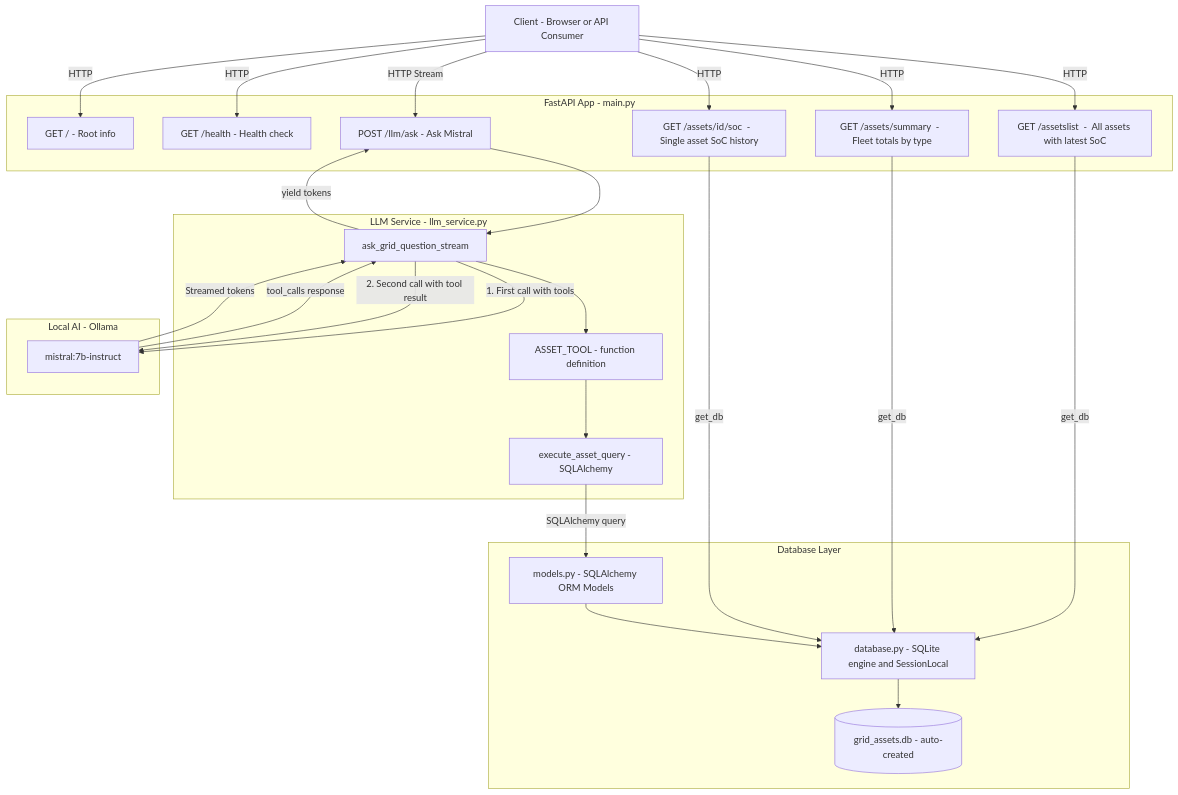
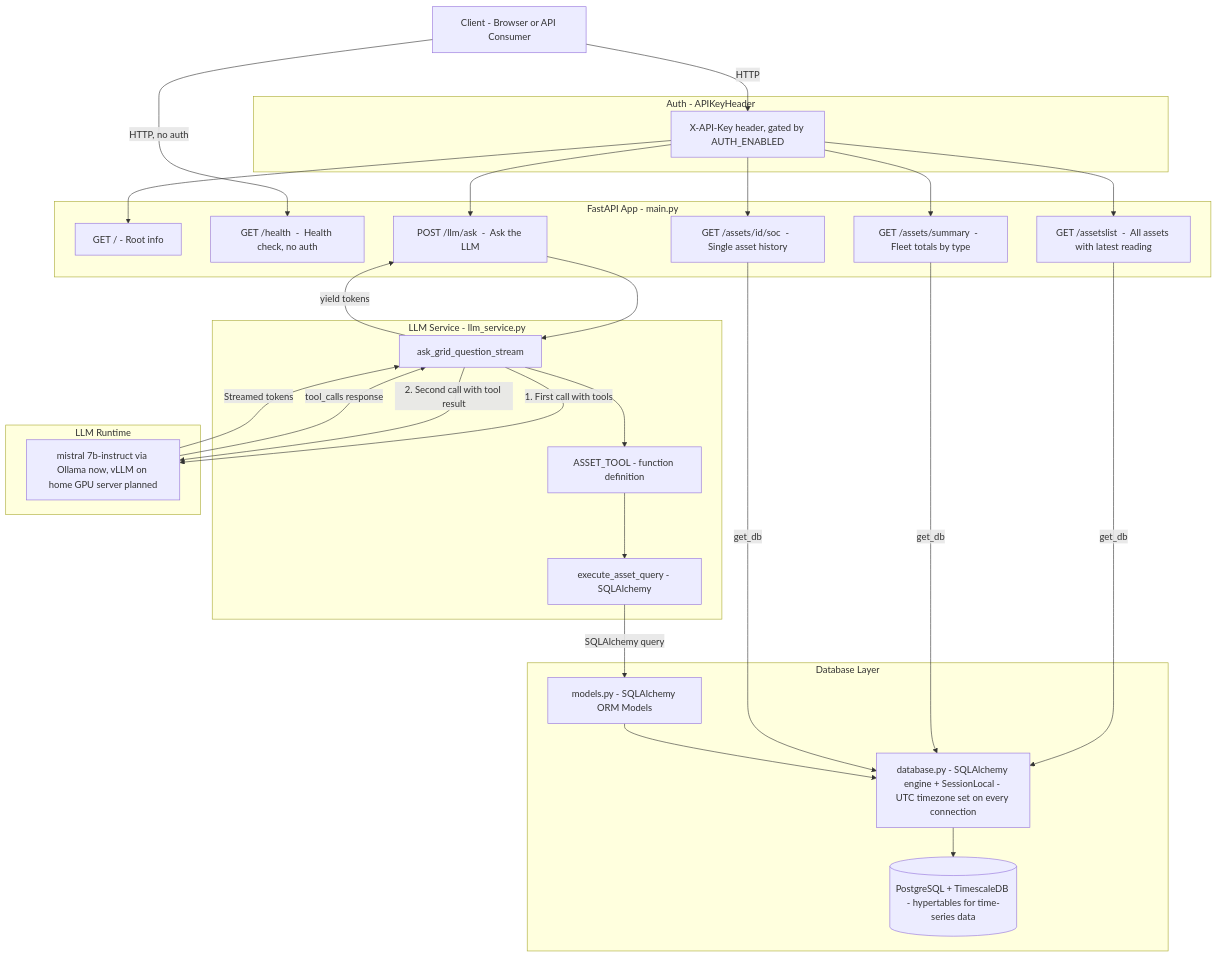
The second of 3 diagrams in README.md (roadtowiganpier/rada-backend), drawn with Mermaid before and after one commit. The commit also changed other lines of this file, not shown here.

````diff
--- a/README.md
+++ b/README.md
@@ -37,52 +72,57 @@
 ```mermaid
 graph TB
     Client["Client - Browser or API Consumer"]
 
     subgraph Backend ["FastAPI App - main.py"]
         Root["GET /  -  Root info"]
-        Health["GET /health  -  Health check"]
-        AssetsList["GET /assetslist  -  All assets with latest SoC"]
+        Health["GET /health  -  Health check, no auth"]
+        AssetsList["GET /assetslist  -  All assets with latest reading"]
         Summary["GET /assets/summary  -  Fleet totals by type"]
-        SoC["GET /assets/id/soc  -  Single asset SoC history"]
-        LLM["POST /llm/ask  -  Ask Mistral"]
+        Detail["GET /assets/id/soc  -  Single asset history"]
+        LLM["POST /llm/ask  -  Ask the LLM"]
+    end
+
+    subgraph AuthLayer ["Auth - APIKeyHeader"]
+        APIKey["X-API-Key header, gated by AUTH_ENABLED"]
     end
 
     subgraph LLMLayer ["LLM Service - llm_service.py"]
         AskStream["ask_grid_question_stream"]
         ToolDef["ASSET_TOOL - function definition"]
         ExecQuery["execute_asset_query - SQLAlchemy"]
     end
 
     subgraph DB ["Database Layer"]
-        Database["database.py - SQLite engine and SessionLocal"]
+        Database["database.py - SQLAlchemy engine + SessionLocal - UTC timezone set on every connection"]
         Models["models.py - SQLAlchemy ORM Models"]
-        DBFile[("grid_assets.db - auto-created")]
+        TSDB[("PostgreSQL + TimescaleDB - hypertables for time-series data")]
     end
 
-    subgraph AI ["Local AI - Ollama"]
-        Mistral["mistral:7b-instruct"]
+    subgraph AI ["LLM Runtime"]
+        Mistral["mistral 7b-instruct via Ollama now, vLLM on home GPU server planned"]
     end
 
-    Client -->|HTTP| Root
-    Client -->|HTTP| Health
-    Client -->|HTTP| AssetsList
-    Client -->|HTTP| Summary
-    Client -->|HTTP| SoC
-    Client -->|HTTP Stream| LLM
+    Client -->|HTTP| APIKey
+    APIKey --> Root
+    APIKey --> AssetsList
+    APIKey --> Summary
+    APIKey --> Detail
+    APIKey --> LLM
+    Client -->|HTTP, no auth| Health
 
     AssetsList -->|get_db| Database
     Summary -->|get_db| Database
-    SoC -->|get_db| Database
-    Database --> DBFile
+    Detail -->|get_db| Database
+    Database --> TSDB
 
     LLM --> AskStream
     AskStream -->|1. First call with tools| Mistral
     Mistral -->|tool_calls response| AskStream
     AskStream --> ToolDef
     ToolDef --> ExecQuery
     ExecQuery -->|SQLAlchemy query| Models
     Models --> Database
     AskStream -->|2. Second call with tool result| Mistral
     Mistral -->|Streamed tokens| AskStream
     AskStream -->|yield tokens| LLM
 ```
````
